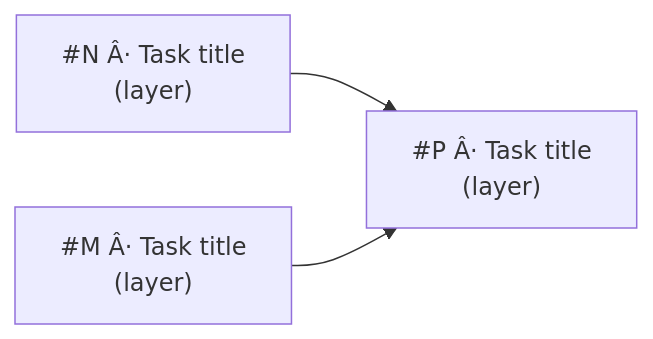
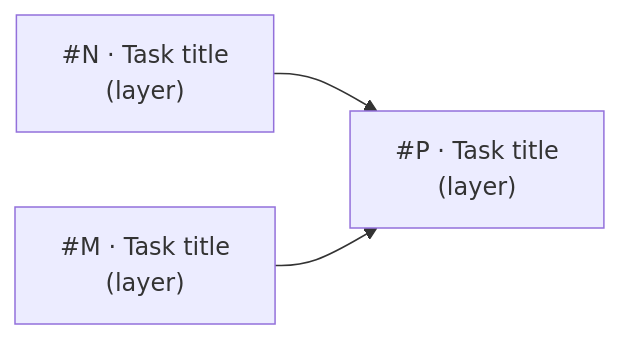
Before and after one commit to mironyx/engineering-delivery-framework: the diagram in plugins/edf/skills/architect/SKILL.md, drawn with Mermaid. The commit also changed other lines of this file and 2 other files, not shown here.

First line of the commit message:
edf: architect ↔ lld delegation hardening + gh-issue-manager agent

````diff
--- a/plugins/edf/skills/architect/SKILL.md
+++ b/plugins/edf/skills/architect/SKILL.md
@@ -213,8 +213,8 @@
 ```mermaid
 graph LR
-  A["#N Â· Task title\n(layer)"]
-  B["#M Â· Task title\n(layer)"]
-  C["#P Â· Task title\n(layer)"]
+  A["#N · Task title\n(layer)"]
+  B["#M · Task title\n(layer)"]
+  C["#P · Task title\n(layer)"]
   A --> C
   B --> C
 ```
````
